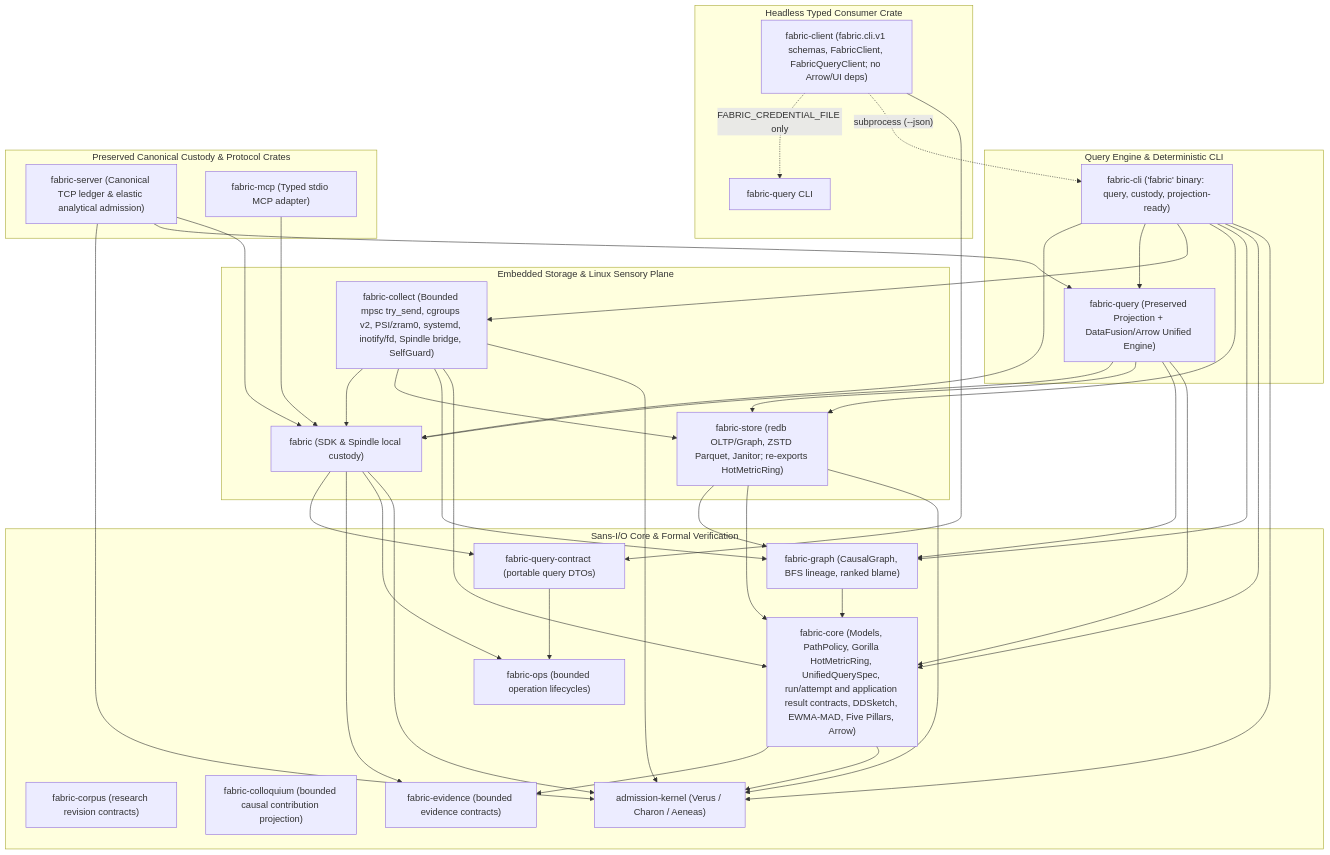
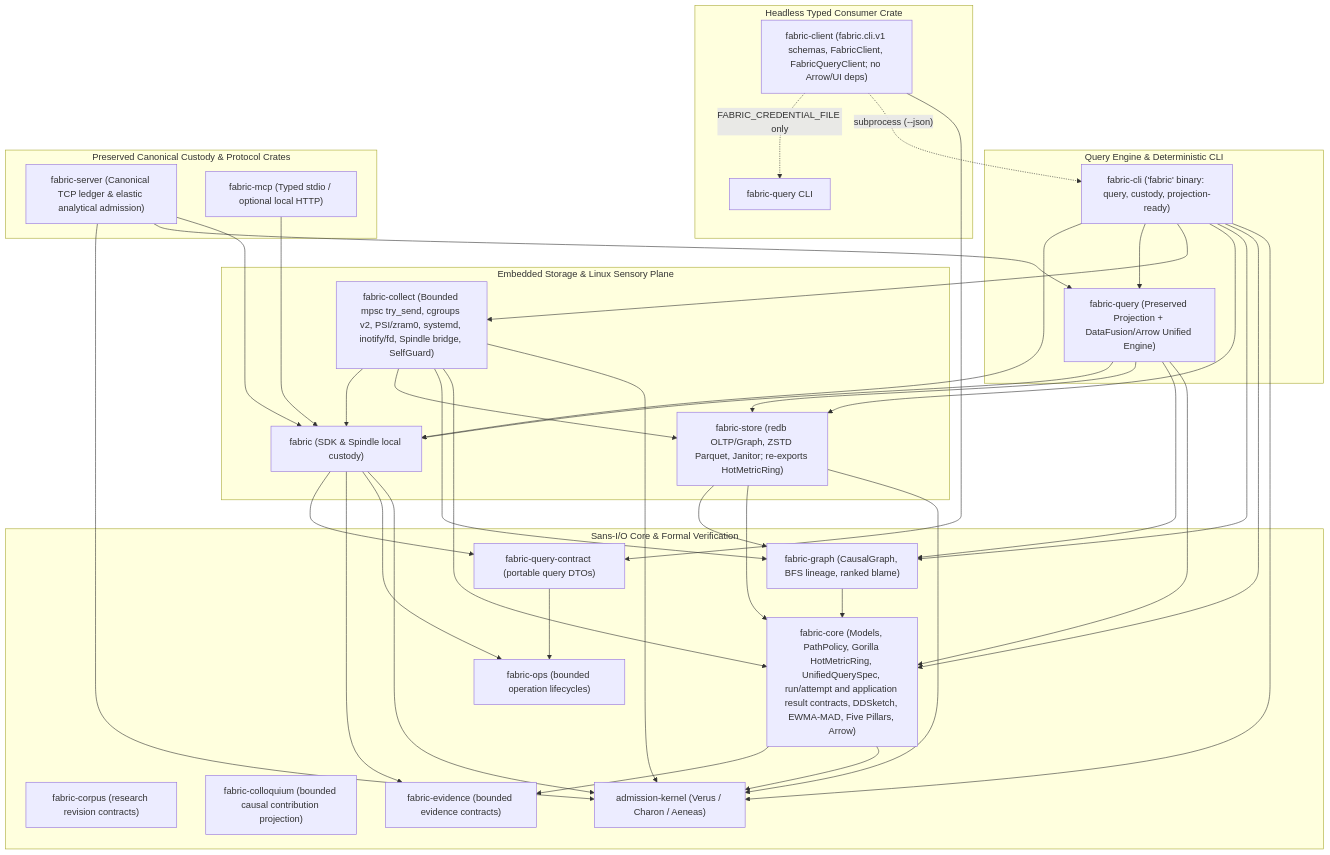
One commit to kmosoti/FabricO11y changed the first of 14 diagrams in docs/architecture.md. Above: the diagram before and after it, drawn with Mermaid. The commit also changed other lines of this file and 12 other files, not shown here.

First line of the commit message:
Add optional typed Unix HTTP adapter

````diff
--- a/docs/architecture.md
+++ b/docs/architecture.md
@@ -9,67 +9,67 @@
 ```mermaid
 flowchart TD
     subgraph SansIO["Sans-I/O Core & Formal Verification"]
         CP["fabric-corpus (research revision contracts)"]
         CC["fabric-colloquium (bounded causal contribution projection)"]
         OPS["fabric-ops (bounded operation lifecycles)"]
         EVID["fabric-evidence (bounded evidence contracts)"]
         QC["fabric-query-contract (portable query DTOs)"]
         QC --> OPS
         AK["admission-kernel (Verus / Charon / Aeneas)"]
         FC["fabric-core (Models, PathPolicy, Gorilla HotMetricRing, UnifiedQuerySpec, run/attempt and application result contracts, DDSketch, EWMA-MAD, Five Pillars, Arrow)"]
         FG["fabric-graph (CausalGraph, BFS lineage, ranked blame)"]
         FC --> AK
         FC --> EVID
         FG --> FC
     end
 
     subgraph StorageAndCollection["Embedded Storage & Linux Sensory Plane"]
         FS["fabric-store (redb OLTP/Graph, ZSTD Parquet, Janitor; re-exports HotMetricRing)"]
         COL["fabric-collect (Bounded mpsc try_send, cgroups v2, PSI/zram0, systemd, inotify/fd, Spindle bridge, SelfGuard)"]
         FS --> AK
         FS --> FC
         FS --> FG
         COL --> AK
         COL --> FC
         COL --> FG
         COL --> FS
         COL --> FAB
     end
 
     subgraph QueryAndCLI["Query Engine & Deterministic CLI"]
         FQ["fabric-query (Preserved Projection + DataFusion/Arrow Unified Engine)"]
         CLI["fabric-cli ('fabric' binary: query, custody, projection-ready)"]
         FQ --> FC
         FQ --> FG
         FQ --> FS
         FQ --> FAB
         CLI --> AK
         CLI --> FC
         CLI --> FG
         CLI --> FS
         CLI --> COL
         CLI --> FQ
         CLI --> FAB
     end
 
     subgraph HeadlessClient["Headless Typed Consumer Crate"]
         FCL["fabric-client (fabric.cli.v1 schemas, FabricClient, FabricQueryClient; no Arrow/UI deps)"]
         FCL --> QC
         FCL -. "subprocess (--json)" .-> CLI
         FCL -. "FABRIC_CREDENTIAL_FILE only" .-> FQBIN["fabric-query CLI"]
     end
 
     subgraph PreservedCustody["Preserved Canonical Custody & Protocol Crates"]
         FAB["fabric (SDK & Spindle local custody)"]
         SRV["fabric-server (Canonical TCP ledger & elastic analytical admission)"]
-        MCP["fabric-mcp (Typed stdio MCP adapter)"]
+        MCP["fabric-mcp (Typed stdio / optional local HTTP)"]
         FAB --> AK
         FAB --> OPS
         FAB --> EVID
         FAB --> QC
         SRV --> FAB
         SRV --> FQ
         SRV --> AK
         MCP --> FAB
     end
 ```
````
